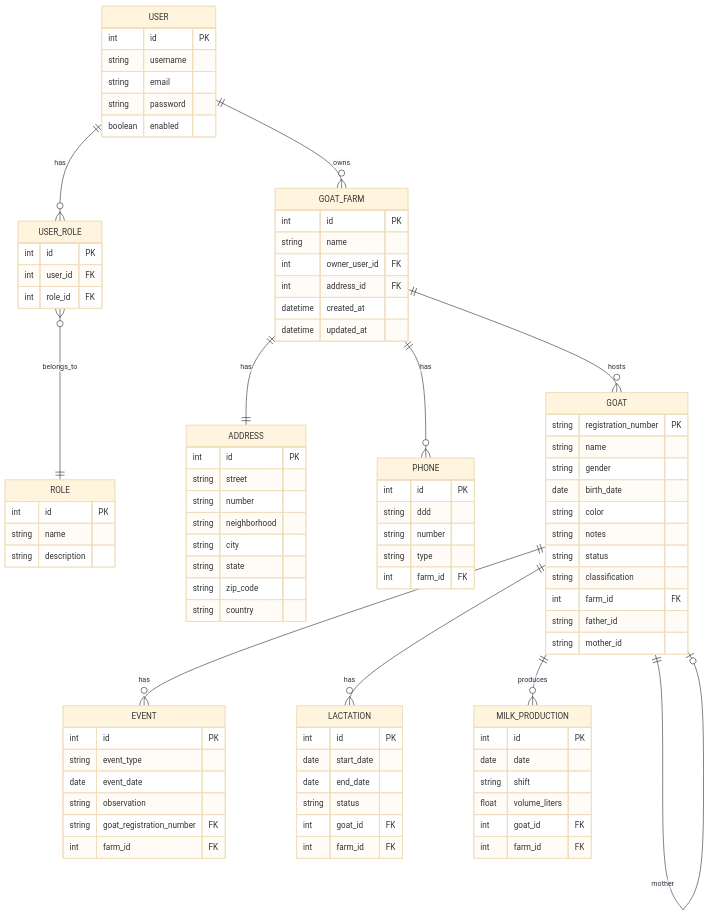
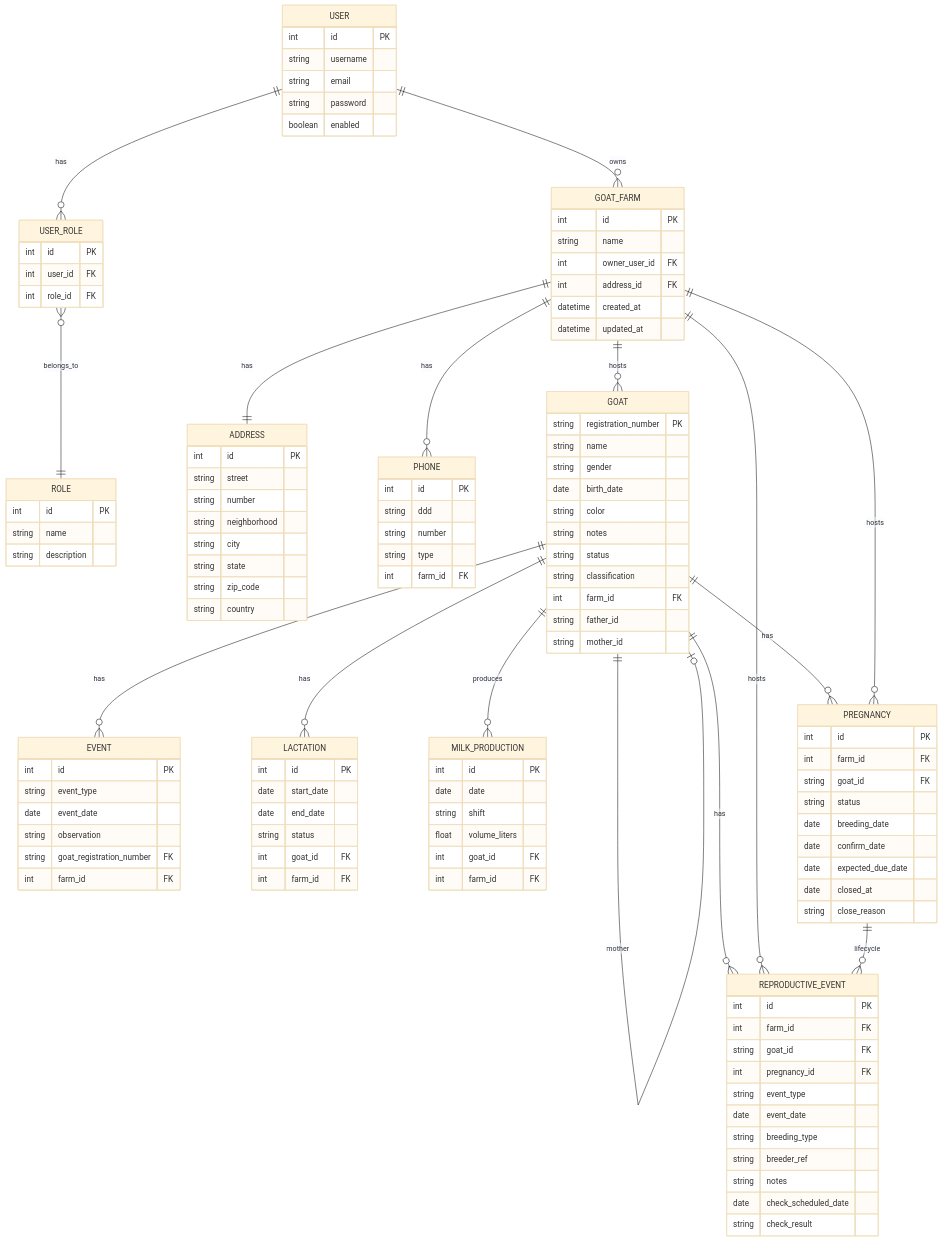
The first of 2 diagrams in README.md (AlbertoVilar/caprigestor-backend), drawn with Mermaid (base theme) before and after one commit. The commit also changed other lines of this file and 1 other file, not shown here.

Commit message:
docs(reproduction): update docs and UML for reproduction module

````diff
--- a/README.md
+++ b/README.md
@@ -285,4 +286,36 @@
     int goat_id FK
     int farm_id FK
   }
+  
+  PREGNANCY {
+    int id PK
+    int farm_id FK
+    string goat_id FK
+    string status
+    date breeding_date
+    date confirm_date
+    date expected_due_date
+    date closed_at
+    string close_reason
+  }
+
+  REPRODUCTIVE_EVENT {
+    int id PK
+    int farm_id FK
+    string goat_id FK
+    int pregnancy_id FK
+    string event_type
+    date event_date
+    string breeding_type
+    string breeder_ref
+    string notes
+    date check_scheduled_date
+    string check_result
+  }
+
+  GOAT ||--o{ PREGNANCY : has
+  GOAT ||--o{ REPRODUCTIVE_EVENT : has
+  GOAT_FARM ||--o{ PREGNANCY : hosts
+  GOAT_FARM ||--o{ REPRODUCTIVE_EVENT : hosts
+  PREGNANCY ||--o{ REPRODUCTIVE_EVENT : lifecycle
 ```
````
